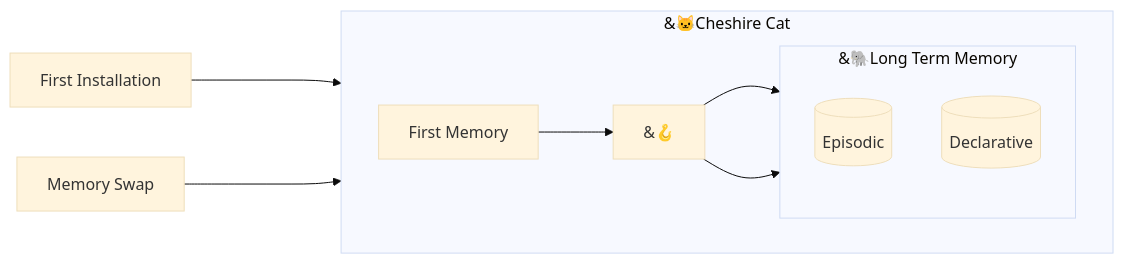
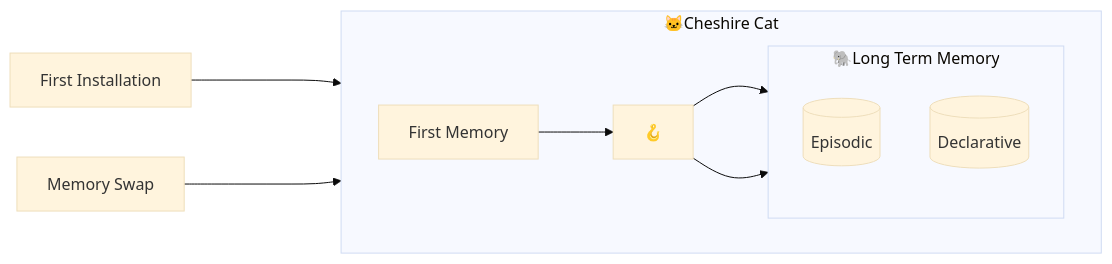
Before and after one commit to cheshire-cat-ai/docs: the diagram in mkdocs/conceptual/memory/vector_memory.md, drawn with Mermaid (base theme). The commit also changed 6 other files, not shown here.

Commit message:
fixed & in mermaid's emoji

````diff
--- a/mkdocs/conceptual/memory/vector_memory.md
+++ b/mkdocs/conceptual/memory/vector_memory.md
@@ -20,16 +20,16 @@
 ```mermaid
 flowchart LR
-    subgraph CAT ["&#128049;Cheshire Cat"]
+    subgraph CAT ["#128049;Cheshire Cat"]
         direction LR
-        subgraph LTM ["&#128024;Long Term Memory"]
+        subgraph LTM ["#128024;Long Term Memory"]
             direction TB
             C[(Episodic Memory)];
             D[(Declarative Memory)];
         end
-        A["First Memory"] --> H["&#129693;"];
-        H["&#129693;"] --> C[(Episodic)];
-        H["&#129693;"] --> D[(Declarative )];
+        A["First Memory"] --> H["#129693;"];
+        H["#129693;"] --> C[(Episodic)];
+        H["#129693;"] --> D[(Declarative )];
     end
     E[First Installation] ----> CAT;
     F[Memory Swap] ----> LTM;
 ```
````
